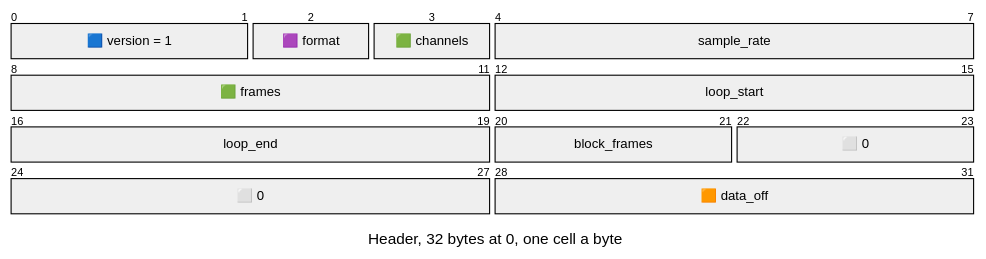
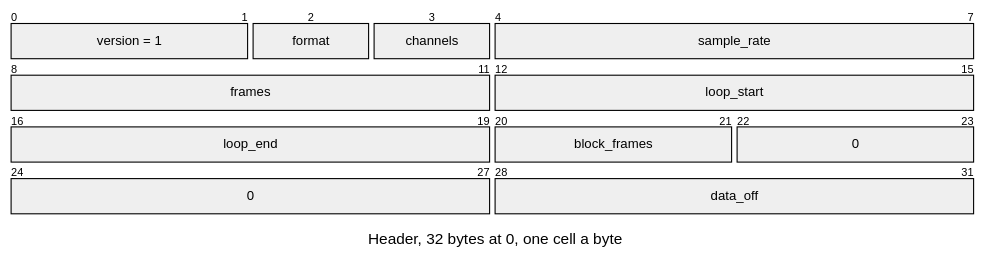
The first of 3 diagrams in docs/assets/formats/SOND.md (jose-villegas/autana), drawn with Mermaid before and after one commit. The commit also changed other lines of this file and 13 other files, not shown here.

Commit message:
formats: fill each packet box by its field's role through themeCSS the role gate writes, replacing the label squares (autana-edcif)

````diff
--- a/docs/assets/formats/SOND.md
+++ b/docs/assets/formats/SOND.md
@@ -5,21 +5,22 @@
 ```mermaid
 ---
 config:
+  themeCSS: "g:nth-of-type(2) rect:nth-of-type(1) { fill: #8fb3ee !important; } g:nth-of-type(2) rect:nth-of-type(2) { fill: #c7aaee !important; } g:nth-of-type(2) rect:nth-of-type(3) { fill: #93d6b0 !important; } g:nth-of-type(2) rect:nth-of-type(4) { fill: #e3e3e3 !important; } g:nth-of-type(3) rect:nth-of-type(1) { fill: #93d6b0 !important; } g:nth-of-type(3) rect:nth-of-type(2) { fill: #e3e3e3 !important; } g:nth-of-type(4) rect:nth-of-type(1) { fill: #e3e3e3 !important; } g:nth-of-type(4) rect:nth-of-type(2) { fill: #e3e3e3 !important; } g:nth-of-type(4) rect:nth-of-type(3) { fill: #ffffff !important; stroke-dasharray: 4 3 !important; } g:nth-of-type(5) rect:nth-of-type(1) { fill: #ffffff !important; stroke-dasharray: 4 3 !important; } g:nth-of-type(5) rect:nth-of-type(2) { fill: #f4a885 !important; } .packetLabel { fill: #1b1b1b !important; }"
   packet:
     bitsPerRow: 8
     bitWidth: 110
 ---
 packet-beta
 title Header, 32 bytes at 0, one cell a byte
-0-1: "🟦 version = 1"
-2: "🟪 format"
-3: "🟩 channels"
+0-1: "version = 1"
+2: "format"
+3: "channels"
 4-7: "sample_rate"
-8-11: "🟩 frames"
+8-11: "frames"
 12-15: "loop_start"
 16-19: "loop_end"
 20-21: "block_frames"
-22-23: "⬜ 0"
-24-27: "⬜ 0"
-28-31: "🟧 data_off"
+22-23: "0"
+24-27: "0"
+28-31: "data_off"
 ```
````
